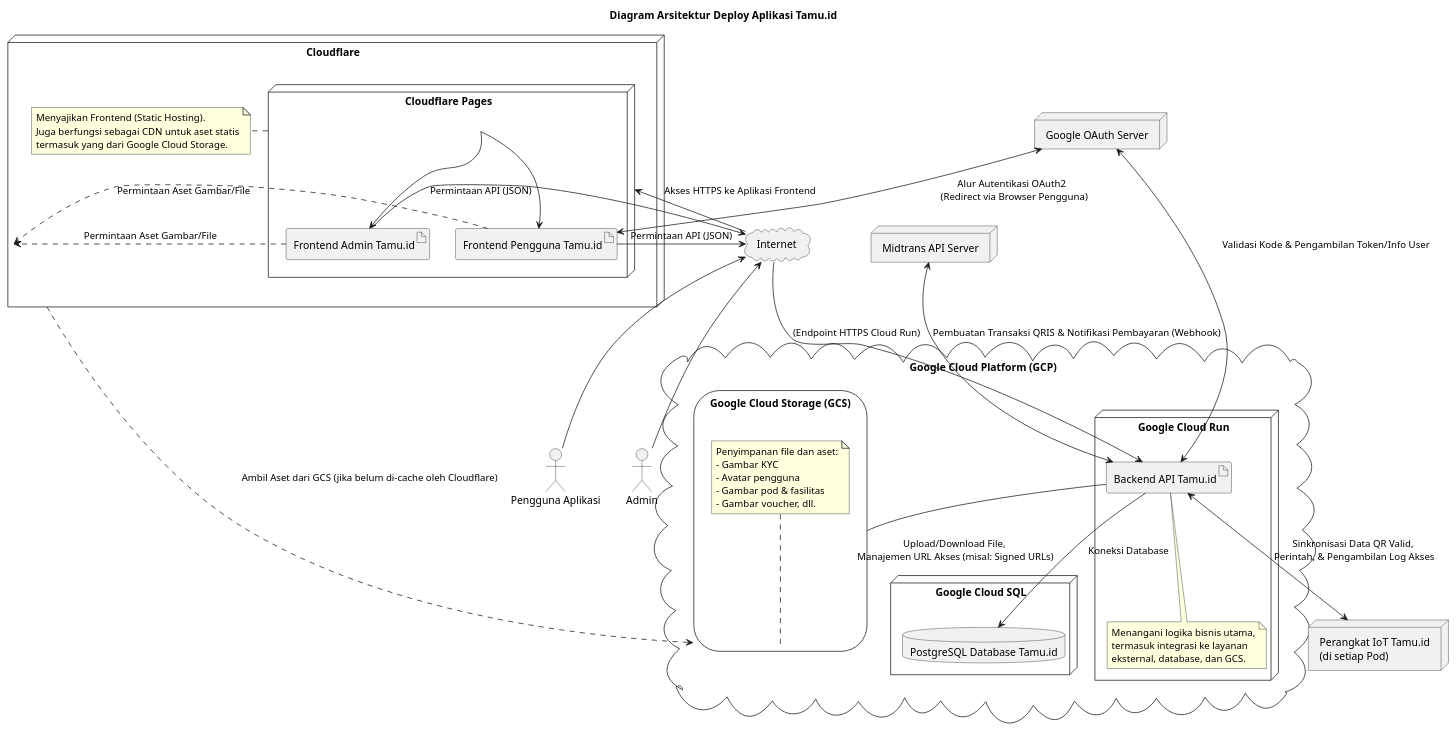
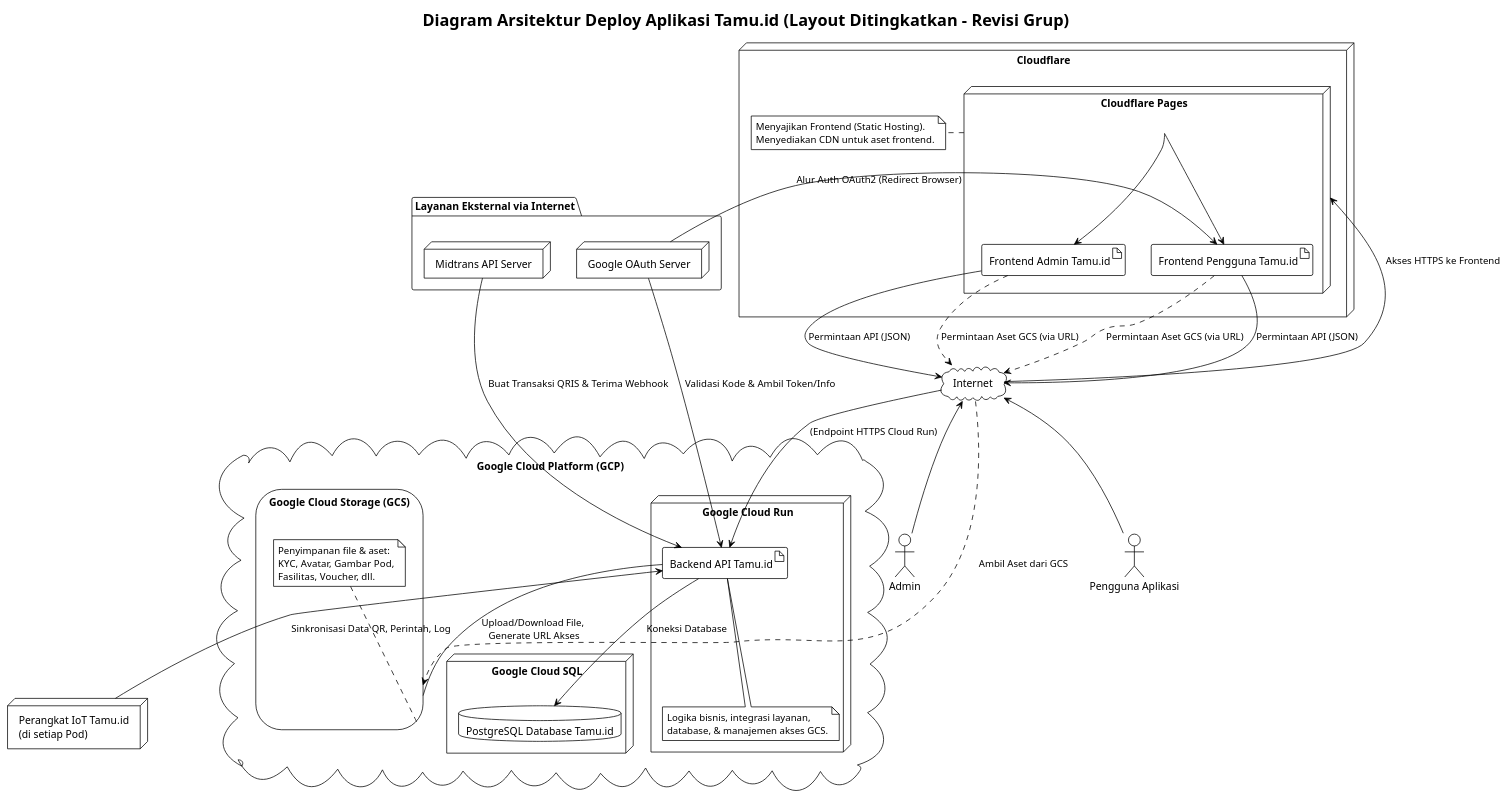
One commit to aliifam/final-project changed the diagram in diagram/raw/oth/deploy.plantuml. Above: the diagram before and after it, drawn with PlantUML.

Commit message:
update skripsi 2025-05-30 20:44:01

```diff
--- a/diagram/raw/oth/deploy.plantuml
+++ b/diagram/raw/oth/deploy.plantuml
@@ -1,93 +1,92 @@
 @startuml
-
+!theme plain
 top to bottom direction
 
-title Diagram Arsitektur Deploy Aplikasi Tamu.id
+title Diagram Arsitektur Deploy Aplikasi Tamu.id (Layout Ditingkatkan - Revisi Grup)
 
 ' Aktor
 actor "Pengguna Aplikasi" as User
 actor "Admin" as AdminUser
 
 ' Internet sebagai media akses dan koneksi ke layanan eksternal
 cloud "Internet" as Internet
-
-' Layanan Eksternal
-node "Google OAuth Server" as GoogleOAuthServer
-node "Midtrans API Server" as MidtransAPIServer
-node "Perangkat IoT Tamu.id\n(di setiap Pod)" as IoTDevice
 
 ' Infrastruktur Frontend di Cloudflare
 node "Cloudflare" as CloudflarePlatform {
     node "Cloudflare Pages" as CFPages {
         artifact "Frontend Pengguna Tamu.id" as UserFE
         artifact "Frontend Admin Tamu.id" as AdminFE
     }
     note right of CFPages
         Menyajikan Frontend (Static Hosting).
-        Juga berfungsi sebagai CDN untuk aset statis
-        termasuk yang dari Google Cloud Storage.
+        Menyediakan CDN untuk aset frontend.
     end note
 }
 
 ' Infrastruktur Backend, Database, dan Storage di Google Cloud Platform (GCP)
 cloud "Google Cloud Platform (GCP)" as GCP {
     node "Google Cloud Run" as CloudRunService {
         artifact "Backend API Tamu.id" as BackendAPI
         note as BackendApiNote
-            Menangani logika bisnis utama,
-            termasuk integrasi ke layanan
-            eksternal, database, dan GCS.
+            Logika bisnis, integrasi layanan,
+            database, & manajemen akses GCS.
         end note
         BackendAPI .. BackendApiNote
     }
     node "Google Cloud SQL" as CloudSQLInstance {
         database "PostgreSQL Database Tamu.id" as PostgresDB
     }
     storage "Google Cloud Storage (GCS)" as GCS {
-        note top of GCS 
-            Penyimpanan file dan aset:
-            - Gambar KYC
-            - Avatar pengguna
-            - Gambar pod & fasilitas
-            - Gambar voucher, dll.
+        note top of GCS
+            Penyimpanan file & aset:
+            KYC, Avatar, Gambar Pod,
+            Fasilitas, Voucher, dll.
         end note
     }
 }
 
-' Alur Akses Pengguna dan Admin ke Frontend via Internet
+' Layanan Eksternal (dikelompokkan untuk kerapian)
+package "Layanan Eksternal via Internet" { 
+    node "Google OAuth Server" as GoogleOAuthServer
+    node "Midtrans API Server" as MidtransAPIServer
+}
+
+node "Perangkat IoT Tamu.id\n(di setiap Pod)" as IoTDevice
+
+
+' === Alur Utama Aplikasi ===
 User -up-> Internet
 AdminUser -up-> Internet
-Internet -down-> CFPages : Akses HTTPS ke Aplikasi Frontend
+Internet -down-> CFPages : Akses HTTPS ke Frontend
 
 CFPages -down-> UserFE
 CFPages -down-> AdminFE
 
-' Interaksi Frontend dengan Backend via Internet
-UserFE -right-> Internet : Permintaan API (JSON)
-AdminFE -right-> Internet : Permintaan API (JSON)
+' Interaksi Frontend dengan Backend
+UserFE -down-> Internet : Permintaan API (JSON)
+AdminFE -down-> Internet : Permintaan API (JSON)
 Internet -down-> BackendAPI : (Endpoint HTTPS Cloud Run)
 
-' Interaksi Backend dengan Database (dalam jaringan aman GCP)
+' Interaksi Backend dengan GCP Services
 BackendAPI -down-> PostgresDB : Koneksi Database
+BackendAPI -- GCS : Upload/Download File, \nGenerate URL Akses
 
-' Interaksi Backend dengan Google Cloud Storage (dalam jaringan GCP)
-BackendAPI -- GCS : Upload/Download File, \nManajemen URL Akses (misal: Signed URLs)
+' Interaksi Frontend untuk mengakses Aset dari GCS
+UserFE .down.> Internet : Permintaan Aset GCS (via URL)
+AdminFE .down.> Internet : Permintaan Aset GCS (via URL)
+Internet .down.> GCS : Ambil Aset dari GCS
 
-' Interaksi Frontend untuk mengakses Aset dari GCS (melalui Cloudflare sebagai CDN)
-UserFE .right.> CloudflarePlatform : Permintaan Aset Gambar/File
-AdminFE .right.> CloudflarePlatform : Permintaan Aset Gambar/File
-CloudflarePlatform .down.> GCS : Ambil Aset dari GCS (jika belum di-cache oleh Cloudflare)
 
-' === Integrasi dengan Layanan Eksternal Lainnya ===
+' === Integrasi dengan Layanan Eksternal ===
 
-' 1. Google OAuth (via Internet)
-UserFE <-up-> GoogleOAuthServer : Alur Autentikasi OAuth2 \n (Redirect via Browser Pengguna)
-BackendAPI <-up-> GoogleOAuthServer : Validasi Kode & Pengambilan Token/Info User
+' 1. Google OAuth
+UserFE <-left- GoogleOAuthServer : Alur Auth OAuth2 (Redirect Browser)
+BackendAPI <-up- GoogleOAuthServer : Validasi Kode & Ambil Token/Info
 
-' 2. Midtrans (via Internet)
-BackendAPI <-up-> MidtransAPIServer : Pembuatan Transaksi QRIS & Notifikasi Pembayaran (Webhook)
+' 2. Midtrans
+BackendAPI <-up- MidtransAPIServer : Buat Transaksi QRIS & Terima Webhook
 
-' 3. Perangkat IoT (bisa via Internet atau jaringan khusus)
-BackendAPI <-down-> IoTDevice : Sinkronisasi Data QR Valid, \nPerintah, & Pengambilan Log Akses
+' 3. Perangkat IoT
+BackendAPI <-down- IoTDevice : Sinkronisasi Data QR, Perintah, Log
 
 @enduml
```
